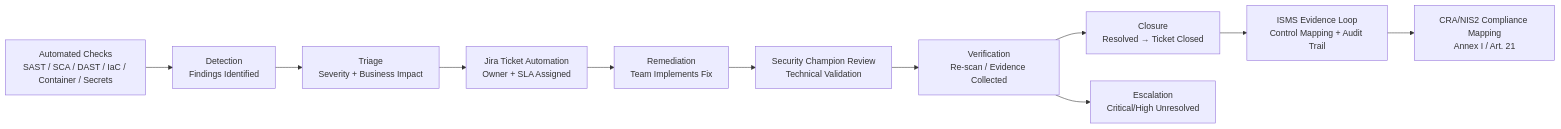
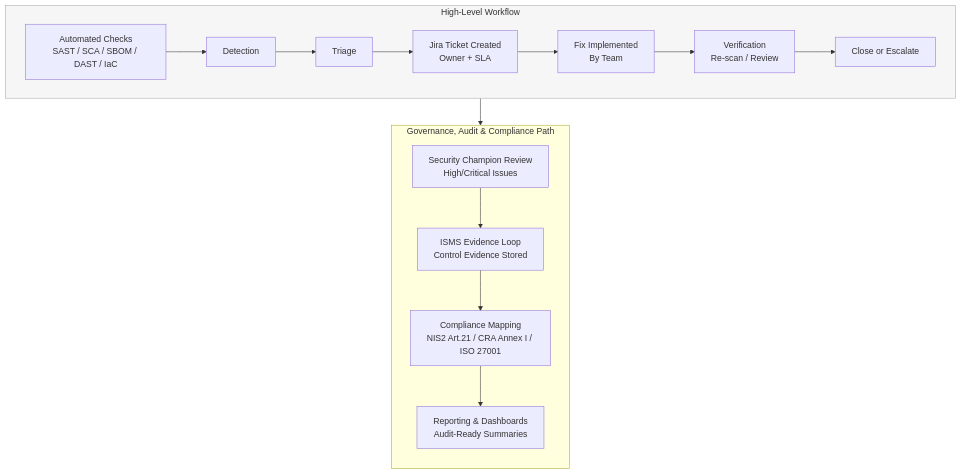
One commit to Mynkskhr/Mapping changed the third of 3 diagrams in inDev.md. Above: the diagram before and after it, drawn with Mermaid.

````diff
--- a/inDev.md
+++ b/inDev.md
@@ -38,24 +38,41 @@
 ```mermaid
 
-flowchart LR
+flowchart TB
 
-    A[Automated Checks<br>SAST / SCA / DAST / IaC / Container / Secrets]
-    B[Detection<br>Findings Identified]
-    C[Triage<br>Severity + Business Impact]
-    D[Jira Ticket Automation<br>Owner + SLA Assigned]
-    E[Remediation<br>Team Implements Fix]
-    F[Security Champion Review<br>Technical Validation]
-    G[Verification<br>Re-scan / Evidence Collected]
-    H[Closure<br>Resolved → Ticket Closed]
-    I[Escalation<br>Critical/High Unresolved]
-    J[ISMS Evidence Loop<br>Control Mapping + Audit Trail]
-    K[CRA/NIS2 Compliance Mapping<br>Annex I / Art. 21]
+%% ---------------------------
+%% TOP SECTION (HORIZONTAL)
+%% ---------------------------
 
-    A --> B --> C --> D --> E --> F --> G --> H
-    G --> I
-    H --> J
-    J --> K
+subgraph TOP[High-Level Workflow]
+direction LR
+    A[Automated Checks<br>SAST / SCA / SBOM / DAST / IaC] --> B[Detection]
+    B --> C[Triage]
+    C --> D[Jira Ticket Created<br>Owner + SLA]
+    D --> E[Fix Implemented<br>By Team]
+    E --> F[Verification<br>Re-scan / Review]
+    F --> G[Close or Escalate]
+end
 
+%% Space for visual separation
+style TOP fill:#f6f6f6,stroke:#aaa,stroke-width:1px
+
+%% ---------------------------
+%% BOTTOM SECTION (VERTICAL)
+%% ---------------------------
+
+subgraph BOTTOM[Governance, Audit & Compliance Path]
+direction TB
+    H[Security Champion Review<br>High/Critical Issues]
+    I[ISMS Evidence Loop<br>Control Evidence Stored]
+    J[Compliance Mapping<br>NIS2 Art.21 / CRA Annex I / ISO 27001]
+    K[Reporting & Dashboards<br>Audit-Ready Summaries]
+end
+
+%% Connections between sections
+G --> H
+H --> I
+I --> J
+J --> K
 
 
 ```
````
